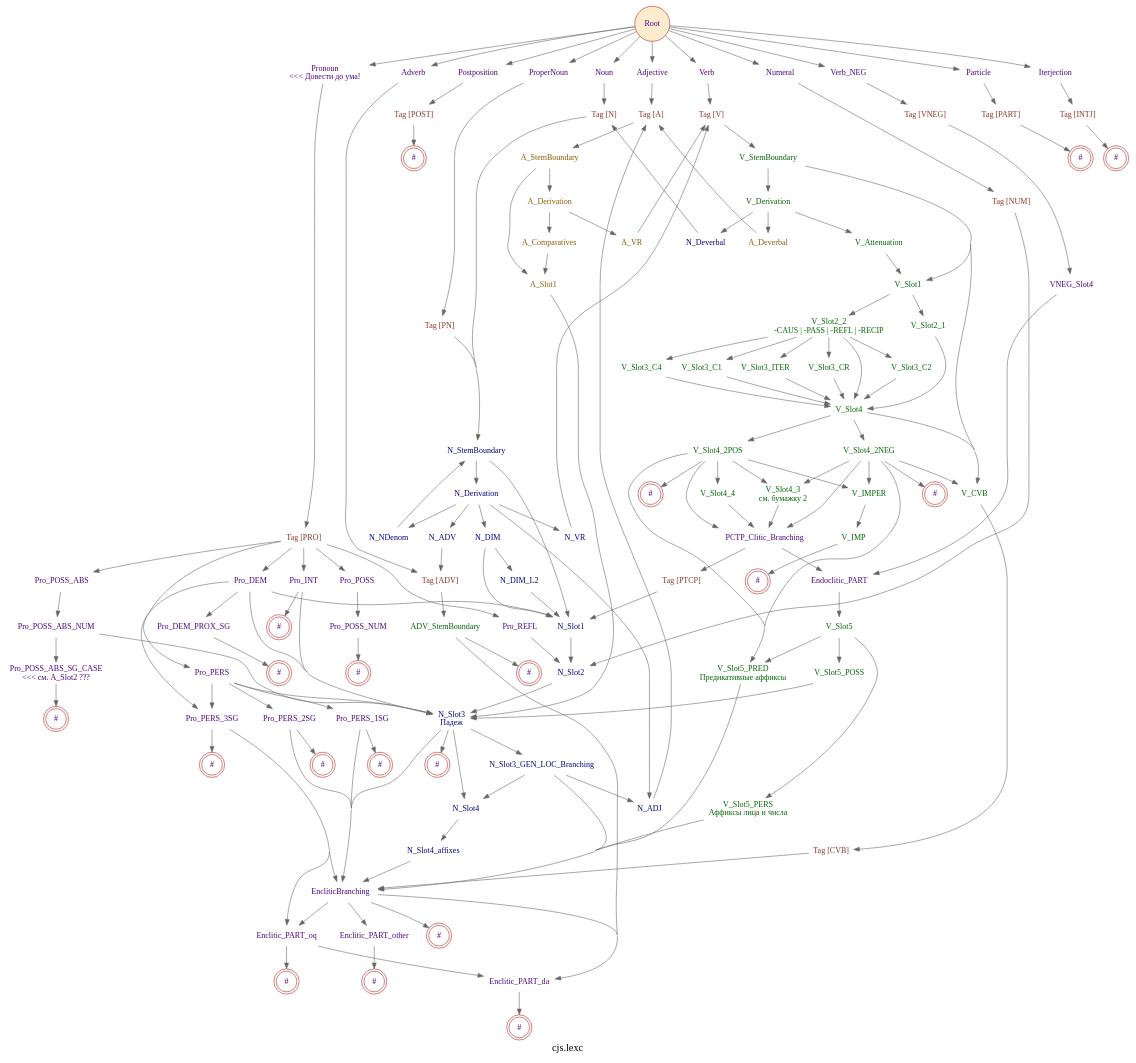
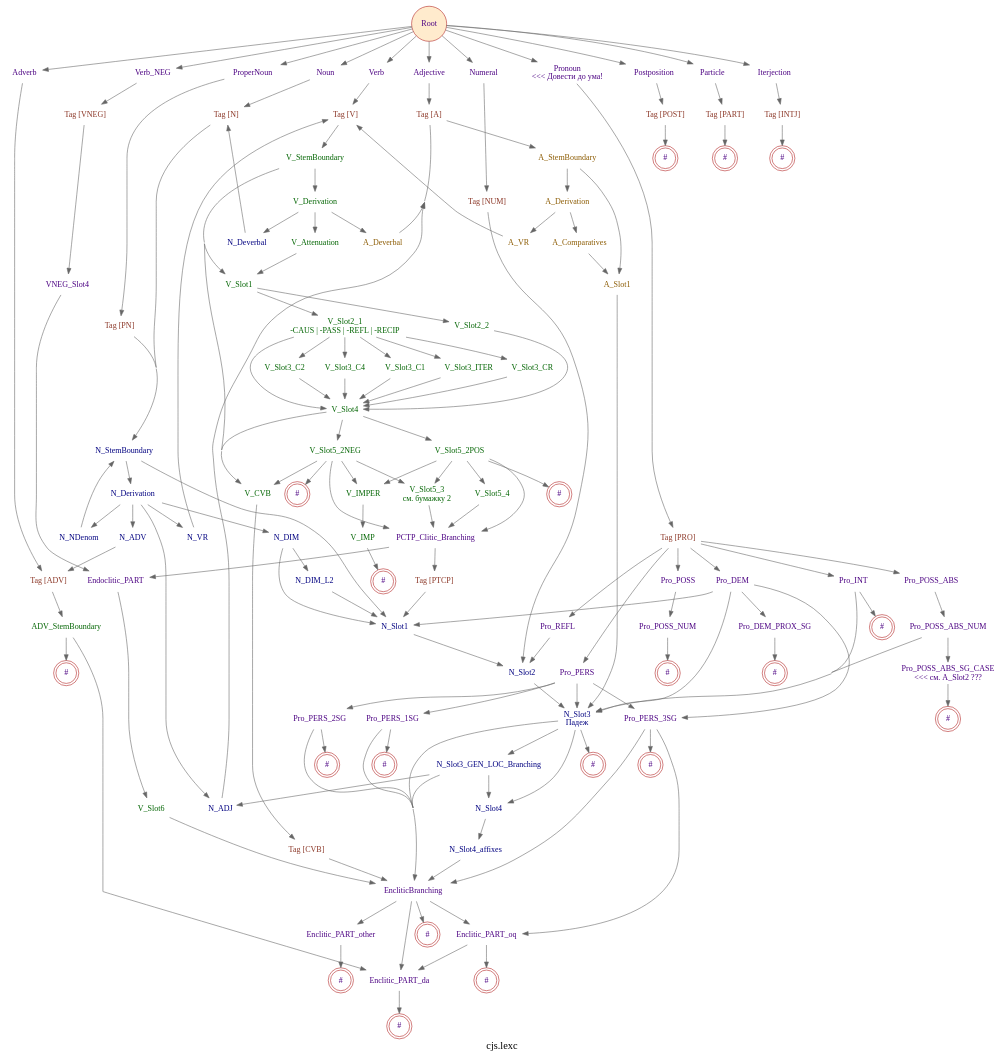
The diagram in cjs.lexc.gv (kyrill-shakhovtsov/cjs-morphology-fst), drawn with Graphviz before and after one commit. The commit also changed 30 other files, not shown here.

```diff
--- a/cjs.lexc.gv
+++ b/cjs.lexc.gv
@@ -127,12 +127,12 @@
 	A_Deverbal	 [fontcolor=orange4,
 		label=A_Deverbal];
 	V_Derivation -> A_Deverbal;
+	V_Slot2_2	 [fontcolor=darkgreen,
+		label=V_Slot2_2];
+	V_Slot1 -> V_Slot2_2;
 	V_Slot2_1	 [fontcolor=darkgreen,
-		label=V_Slot2_1];
+		label="V_Slot2_1\n-CAUS | -PASS | -REFL | -RECIP"];
 	V_Slot1 -> V_Slot2_1;
-	V_Slot2_2	 [fontcolor=darkgreen,
-		label="V_Slot2_2\n-CAUS | -PASS | -REFL | -RECIP"];
-	V_Slot1 -> V_Slot2_2;
 	Tag_CVB	 [fontcolor=tomato4,
 		label="Tag [CVB]"];
 	V_CVB -> Tag_CVB;
@@ -141,76 +141,70 @@
 	A_Deverbal -> Tag_A;
 	V_Slot4	 [fontcolor=darkgreen,
 		label=V_Slot4];
-	V_Slot2_1 -> V_Slot4;
 	V_Slot2_2 -> V_Slot4;
 	V_Slot3_C2	 [fontcolor=darkgreen,
 		label=V_Slot3_C2];
-	V_Slot2_2 -> V_Slot3_C2;
+	V_Slot2_1 -> V_Slot3_C2;
 	V_Slot3_C4	 [fontcolor=darkgreen,
 		label=V_Slot3_C4];
-	V_Slot2_2 -> V_Slot3_C4;
+	V_Slot2_1 -> V_Slot3_C4;
 	V_Slot3_C1	 [fontcolor=darkgreen,
 		label=V_Slot3_C1];
-	V_Slot2_2 -> V_Slot3_C1;
+	V_Slot2_1 -> V_Slot3_C1;
 	V_Slot3_ITER	 [fontcolor=darkgreen,
 		label=V_Slot3_ITER];
-	V_Slot2_2 -> V_Slot3_ITER;
+	V_Slot2_1 -> V_Slot3_ITER;
+	V_Slot2_1 -> V_Slot4;
 	V_Slot3_CR	 [fontcolor=darkgreen,
 		label=V_Slot3_CR];
-	V_Slot2_2 -> V_Slot3_CR;
-	V_Slot4 -> V_CVB;
-	V_Slot4_2NEG	 [fontcolor=darkgreen,
-		label=V_Slot4_2NEG];
-	V_Slot4 -> V_Slot4_2NEG;
-	V_Slot4_2POS	 [fontcolor=darkgreen,
-		label=V_Slot4_2POS];
-	V_Slot4 -> V_Slot4_2POS;
+	V_Slot2_1 -> V_Slot3_CR;
 	V_Slot3_C2 -> V_Slot4;
 	V_Slot3_C4 -> V_Slot4;
 	V_Slot3_C1 -> V_Slot4;
 	V_Slot3_ITER -> V_Slot4;
+	V_Slot4 -> V_CVB;
+	V_Slot5_2NEG	 [fontcolor=darkgreen,
+		label=V_Slot5_2NEG];
+	V_Slot4 -> V_Slot5_2NEG;
+	V_Slot5_2POS	 [fontcolor=darkgreen,
+		label=V_Slot5_2POS];
+	V_Slot4 -> V_Slot5_2POS;
 	V_Slot3_CR -> V_Slot4;
-	V_Slot4_2NEG -> V_CVB;
-	V_Slot4_3	 [fontcolor=darkgreen,
-		label="V_Slot4_3\nсм. бумажку 2"];
-	V_Slot4_2NEG -> V_Slot4_3;
+	V_Slot5_2NEG -> V_CVB;
+	V_Slot5_3	 [fontcolor=darkgreen,
+		label="V_Slot5_3\nсм. бумажку 2"];
+	V_Slot5_2NEG -> V_Slot5_3;
 	PCTP_Clitic_Branching	 [label=PCTP_Clitic_Branching];
-	V_Slot4_2NEG -> PCTP_Clitic_Branching;
-	V_Slot5_PRED	 [fontcolor=darkgreen,
-		label="V_Slot5_PRED\nПредикативные аффиксы"];
-	V_Slot4_2NEG -> V_Slot5_PRED;
+	V_Slot5_2NEG -> PCTP_Clitic_Branching;
 	V_IMPER	 [fontcolor=darkgreen,
 		label=V_IMPER];
-	V_Slot4_2NEG -> V_IMPER;
-	"V_Slot4_2NEG_#"	 [color=firebrick,
+	V_Slot5_2NEG -> V_IMPER;
+	"V_Slot5_2NEG_#"	 [color=firebrick,
 		label="#",
 		shape=doublecircle];
-	V_Slot4_2NEG -> "V_Slot4_2NEG_#";
-	V_Slot4_2POS -> V_Slot4_3;
-	V_Slot4_4	 [fontcolor=darkgreen,
-		label=V_Slot4_4];
-	V_Slot4_2POS -> V_Slot4_4;
-	V_Slot4_2POS -> PCTP_Clitic_Branching;
-	V_Slot4_2POS -> V_Slot5_PRED;
-	"V_Slot4_2POS_#"	 [color=firebrick,
+	V_Slot5_2NEG -> "V_Slot5_2NEG_#";
+	V_Slot5_2POS -> V_Slot5_3;
+	V_Slot5_4	 [fontcolor=darkgreen,
+		label=V_Slot5_4];
+	V_Slot5_2POS -> V_Slot5_4;
+	V_Slot5_2POS -> PCTP_Clitic_Branching;
+	"V_Slot5_2POS_#"	 [color=firebrick,
 		label="#",
 		shape=doublecircle];
-	V_Slot4_2POS -> "V_Slot4_2POS_#";
-	V_Slot4_2POS -> V_IMPER;
-	V_Slot4_3 -> PCTP_Clitic_Branching;
-	V_Slot4_4 -> PCTP_Clitic_Branching;
+	V_Slot5_2POS -> "V_Slot5_2POS_#";
+	V_Slot5_2POS -> V_IMPER;
+	V_Slot5_3 -> PCTP_Clitic_Branching;
+	V_Slot5_4 -> PCTP_Clitic_Branching;
 	PCTP_Clitic_Branching -> Endoclitic_PART;
 	Tag_PTCP	 [fontcolor=tomato4,
 		label="Tag [PTCP]"];
 	PCTP_Clitic_Branching -> Tag_PTCP;
-	EncliticBranching	 [label=EncliticBranching];
-	V_Slot5_PRED -> EncliticBranching;
 	V_IMP	 [fontcolor=darkgreen,
 		label=V_IMP];
 	V_IMPER -> V_IMP;
-	V_Slot5	 [fontcolor=darkgreen,
-		label=V_Slot5];
-	Endoclitic_PART -> V_Slot5;
+	V_Slot6	 [fontcolor=darkgreen,
+		label=V_Slot6];
+	Endoclitic_PART -> V_Slot6;
 	"V_IMP_#"	 [color=firebrick,
 		label="#",
 		shape=doublecircle];
@@ -218,17 +212,8 @@
 	N_Slot1	 [fontcolor=navy,
 		label=N_Slot1];
 	Tag_PTCP -> N_Slot1;
-	V_Slot5 -> V_Slot5_PRED;
-	V_Slot5_PERS	 [fontcolor=darkgreen,
-		label="V_Slot5_PERS\nАффиксы лица и числа"];
-	V_Slot5 -> V_Slot5_PERS;
-	V_Slot5_POSS	 [fontcolor=darkgreen,
-		label=V_Slot5_POSS];
-	V_Slot5 -> V_Slot5_POSS;
-	V_Slot5_PERS -> EncliticBranching;
-	N_Slot3	 [fontcolor=navy,
-		label="N_Slot3\nПадеж"];
-	V_Slot5_POSS -> N_Slot3;
+	EncliticBranching	 [label=EncliticBranching];
+	V_Slot6 -> EncliticBranching;
 	Enclitic_PART_oq	 [label=Enclitic_PART_oq];
 	EncliticBranching -> Enclitic_PART_oq;
 	Enclitic_PART_other	 [label=Enclitic_PART_other];
@@ -239,17 +224,6 @@
 		label="#",
 		shape=doublecircle];
 	EncliticBranching -> "EncliticBranching_#";
-	N_Slot3 -> EncliticBranching;
-	"N_Slot3_#"	 [color=firebrick,
-		label="#",
-		shape=doublecircle];
-	N_Slot3 -> "N_Slot3_#";
-	N_Slot3_GEN_LOC_Branching	 [fontcolor=navy,
-		label=N_Slot3_GEN_LOC_Branching];
-	N_Slot3 -> N_Slot3_GEN_LOC_Branching;
-	N_Slot4	 [fontcolor=navy,
-		label=N_Slot4];
-	N_Slot3 -> N_Slot4;
 	Tag_CVB -> EncliticBranching;
 	N_Slot1 -> N_Slot2;
 	Enclitic_PART_oq -> Enclitic_PART_da;
@@ -297,7 +271,20 @@
 	N_NDenom -> N_StemBoundary;
 	N_VR -> Tag_V;
 	N_ADV -> Tag_ADV;
+	N_Slot3	 [fontcolor=navy,
+		label="N_Slot3\nПадеж"];
 	N_Slot2 -> N_Slot3;
+	N_Slot3 -> EncliticBranching;
+	"N_Slot3_#"	 [color=firebrick,
+		label="#",
+		shape=doublecircle];
+	N_Slot3 -> "N_Slot3_#";
+	N_Slot3_GEN_LOC_Branching	 [fontcolor=navy,
+		label=N_Slot3_GEN_LOC_Branching];
+	N_Slot3 -> N_Slot3_GEN_LOC_Branching;
+	N_Slot4	 [fontcolor=navy,
+		label=N_Slot4];
+	N_Slot3 -> N_Slot4;
 	N_Slot3_GEN_LOC_Branching -> EncliticBranching;
 	N_Slot3_GEN_LOC_Branching -> N_ADJ;
 	N_Slot3_GEN_LOC_Branching -> N_Slot4;
@@ -344,8 +331,8 @@
 	Pro_POSS -> Pro_POSS_NUM;
 	Pro_POSS_ABS_NUM	 [label=Pro_POSS_ABS_NUM];
 	Pro_POSS_ABS -> Pro_POSS_ABS_NUM;
+	Pro_DEM -> N_Slot1;
 	Pro_DEM -> N_Slot3;
-	Pro_DEM -> N_Slot1;
 	Pro_DEM -> Pro_PERS_3SG;
 	Pro_DEM_PROX_SG	 [label=Pro_DEM_PROX_SG];
 	Pro_DEM -> Pro_DEM_PROX_SG;
```
